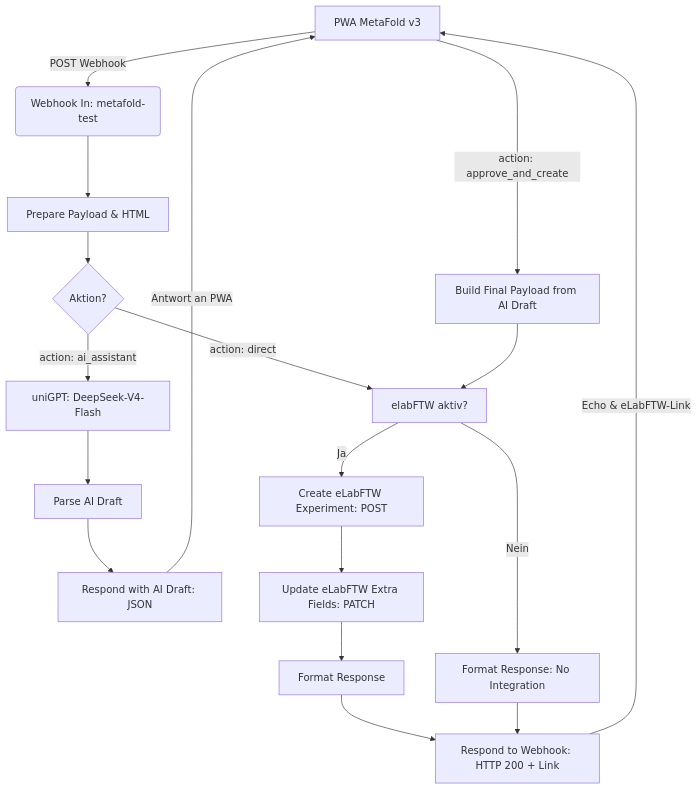
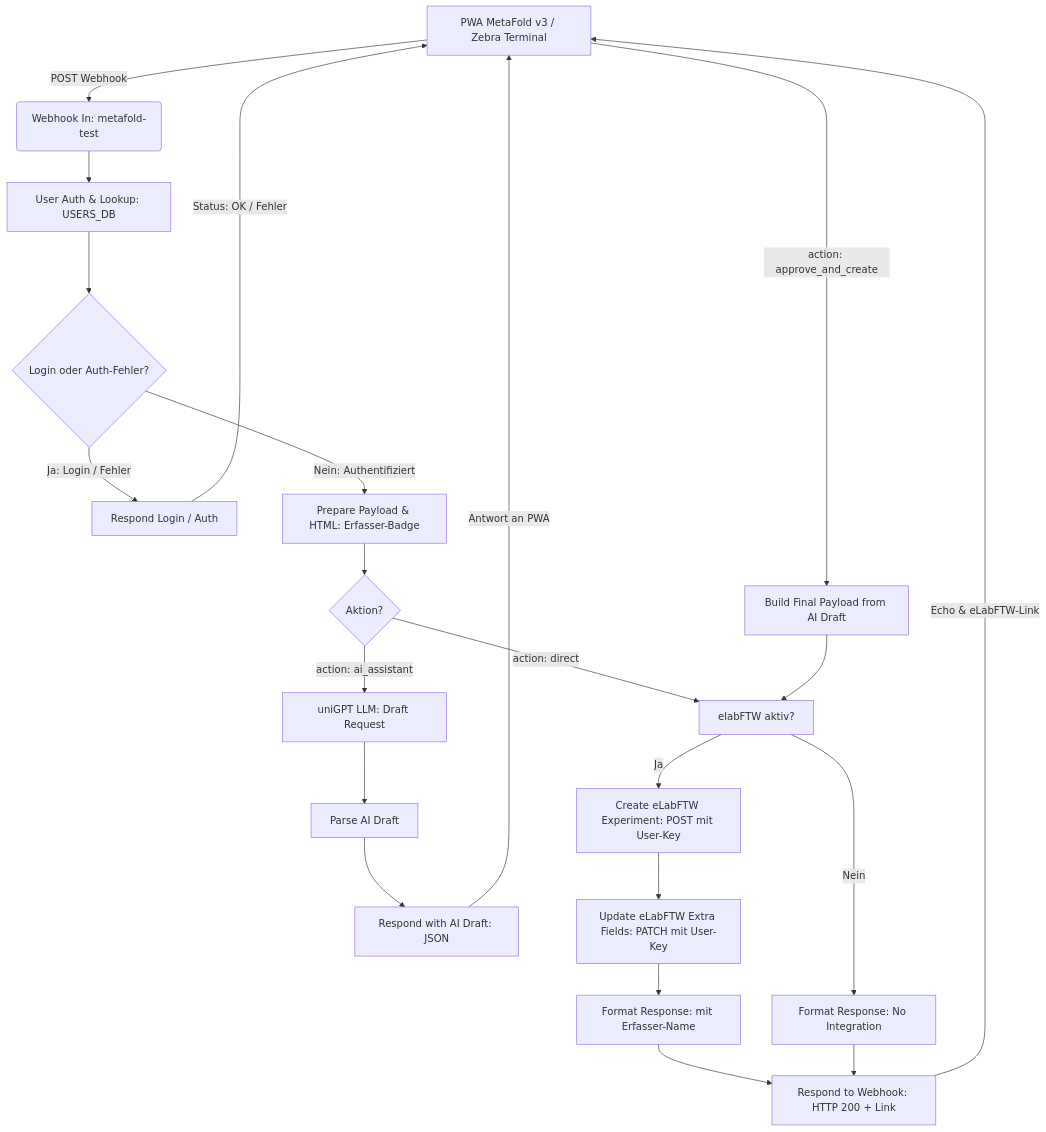
Before and after one commit to ThZobel/MetaFold_WebApp: the diagram in n8n_workflow/README.md, drawn with Mermaid. The commit also changed other lines of this file and 2 other files, not shown here.

Commit message:
User management

````diff
--- a/n8n_workflow/README.md
+++ b/n8n_workflow/README.md
@@ -16,26 +16,34 @@
 ```mermaid
 graph TD
-    A[PWA MetaFold v3] -->|POST Webhook| B(Webhook In: metafold-test)
-    B --> C[Prepare Payload & HTML]
+    A[PWA MetaFold v3 / Zebra Terminal] -->|POST Webhook| B(Webhook In: metafold-test)
+    B --> Auth[User Auth & Lookup: USERS_DB]
+    Auth --> IsLogin{Login oder Auth-Fehler?}
+    
+    %% Login Route
+    IsLogin -->|Ja: Login / Fehler| RespAuth[Respond Login / Auth]
+    RespAuth -->|Status: OK / Fehler| A
+
+    %% Validated Metadata Route
+    IsLogin -->|Nein: Authentifiziert| C[Prepare Payload & HTML: Erfasser-Badge]
     C --> D{Aktion?}
     
     %% AI Assistant Route
-    D -->|action: ai_assistant| E[uniGPT: DeepSeek-V4-Flash]
+    D -->|action: ai_assistant| E[uniGPT LLM: Draft Request]
     E --> F[Parse AI Draft]
     F --> G[Respond with AI Draft: JSON]
     G -->|Antwort an PWA| A
 
     %% Human in the loop review in PWA
     A -->|action: approve_and_create| H[Build Final Payload from AI Draft]
     D -->|action: direct| I[elabFTW aktiv?]
     H --> I
     
-    %% eLabFTW Route
-    I -->|Ja| K[Create eLabFTW Experiment: POST]
-    K --> L[Update eLabFTW Extra Fields: PATCH]
-    L --> M[Format Response]
+    %% eLabFTW Route (Dynamischer User-API-Key!)
+    I -->|Ja| K[Create eLabFTW Experiment: POST mit User-Key]
+    K --> L[Update eLabFTW Extra Fields: PATCH mit User-Key]
+    L --> M[Format Response: mit Erfasser-Name]
     I -->|Nein| N[Format Response: No Integration]
     M --> O[Respond to Webhook: HTTP 200 + Link]
     N --> O
     O -->|Echo & eLabFTW-Link| A
 ```
````
